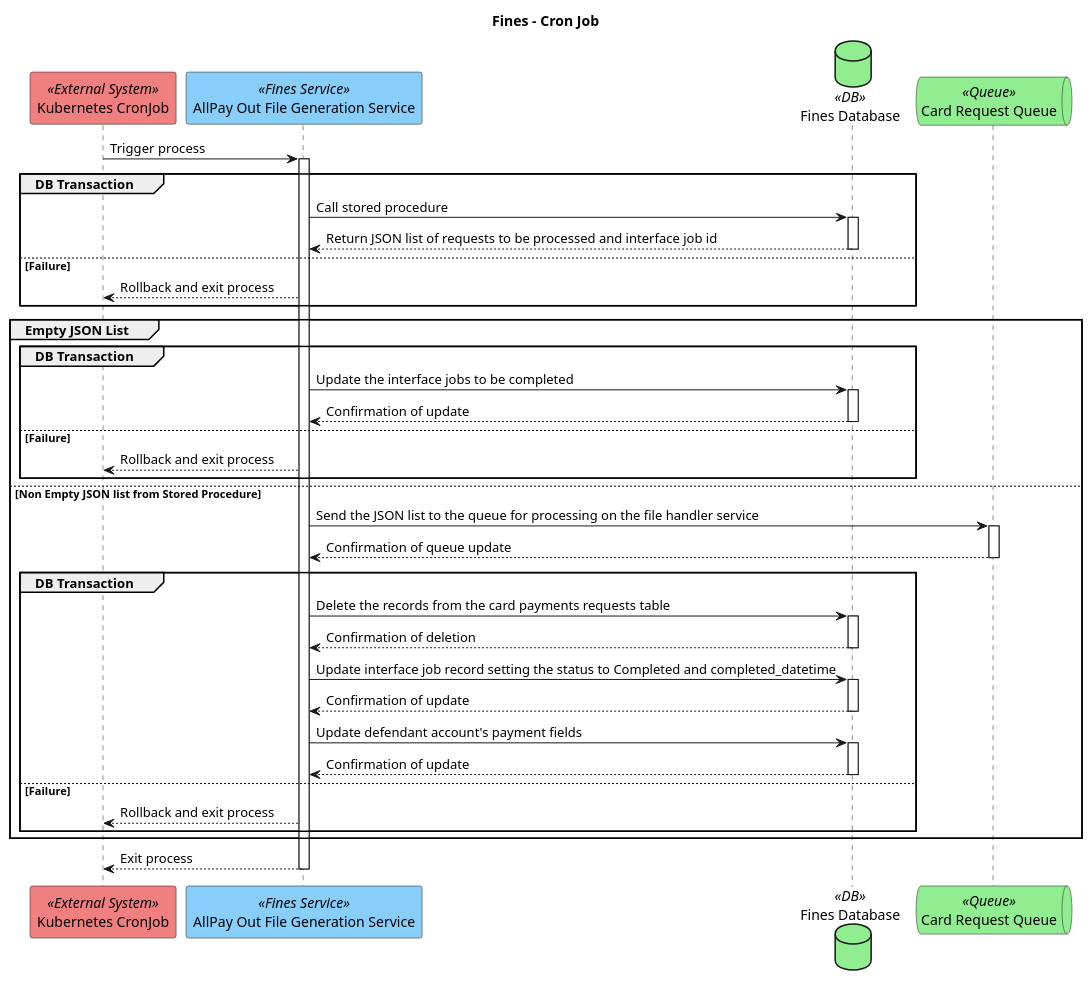
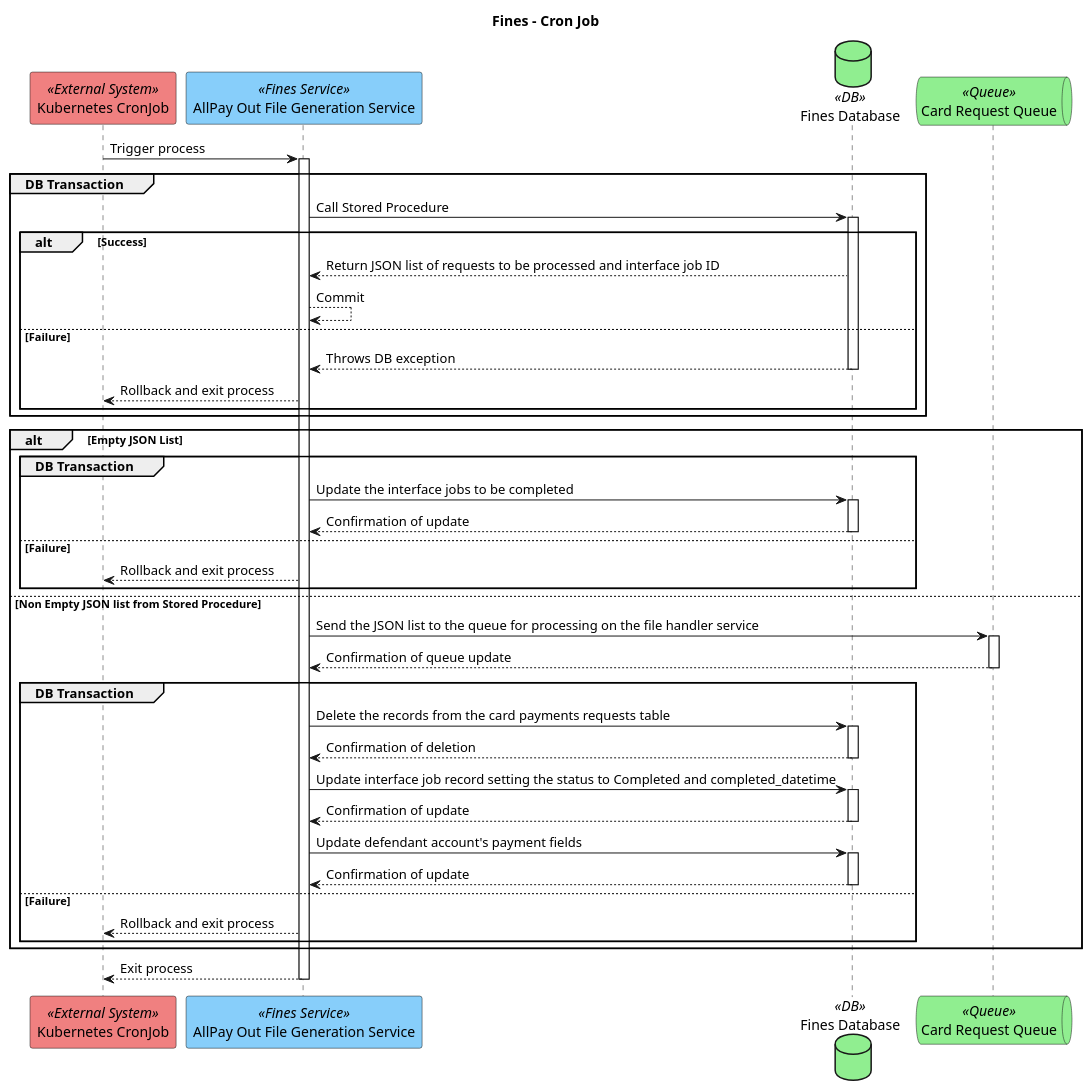
Before and after one commit to hmcts/opal-docs: the diagram in plantUML/external-interfaces/ei7-cron-job.puml, drawn with PlantUML. The commit also changed 1 other file, not shown here.

Commit message:
Using ALT rather than GROUP for branching.

```diff
--- a/plantUML/external-interfaces/ei7-cron-job.puml
+++ b/plantUML/external-interfaces/ei7-cron-job.puml
@@ -1,37 +1,41 @@
 @startuml
 title "Fines - Cron Job"
 participant "Kubernetes CronJob" as cronjob <<External System>> #LightCoral
 participant "AllPay Out File Generation Service" as finesService <<Fines Service>> #LightSkyBlue
 database "Fines Database" as finesDb <<DB>> #LightGreen
 queue "Card Request Queue" as cardRequestQueue <<Queue>> #lightgreen
 
 cronjob -> finesService ++ : Trigger process
 group DB Transaction
-    finesService -> finesDb ++ : Call stored procedure
-    finesDb --> finesService -- : Return JSON list of requests to be processed and interface job id
-else Failure
-    finesService --> cronjob : Rollback and exit process
+    finesService -> finesDb ++ : Call Stored Procedure
+    alt Success
+        finesDb --> finesService : Return JSON list of requests to be processed and interface job ID
+        finesService --> finesService : Commit
+    else Failure
+        finesDb --> finesService -- : Throws DB exception
+        finesService --> cronjob : Rollback and exit process
+    end
 end
-group Empty JSON List
+alt Empty JSON List
     group DB Transaction
         finesService -> finesDb ++ : Update the interface jobs to be completed
         finesDb --> finesService -- : Confirmation of update
     else Failure
         finesService --> cronjob : Rollback and exit process
     end
 else Non Empty JSON list from Stored Procedure
     finesService -> cardRequestQueue ++ : Send the JSON list to the queue for processing on the file handler service
     cardRequestQueue --> finesService -- : Confirmation of queue update
     group DB Transaction
         finesService -> finesDb ++ : Delete the records from the card payments requests table
         finesDb --> finesService -- : Confirmation of deletion
         finesService -> finesDb ++ : Update interface job record setting the status to Completed and completed_datetime
         finesDb --> finesService -- : Confirmation of update
         finesService -> finesDb ++ : Update defendant account's payment fields
         finesDb --> finesService -- : Confirmation of update
     else Failure
         finesService --> cronjob : Rollback and exit process
     end
 end
 finesService --> cronjob -- : Exit process
 @enduml
```
